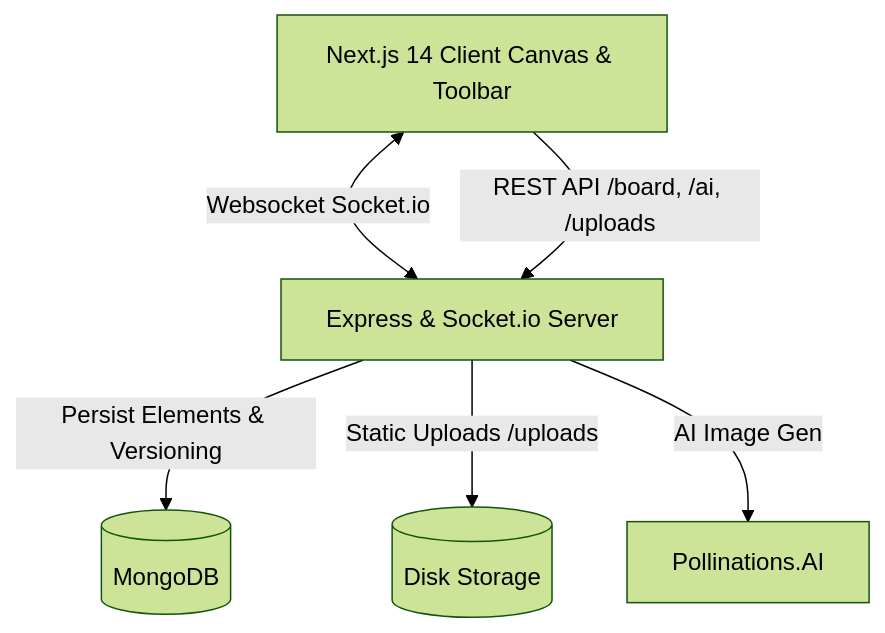
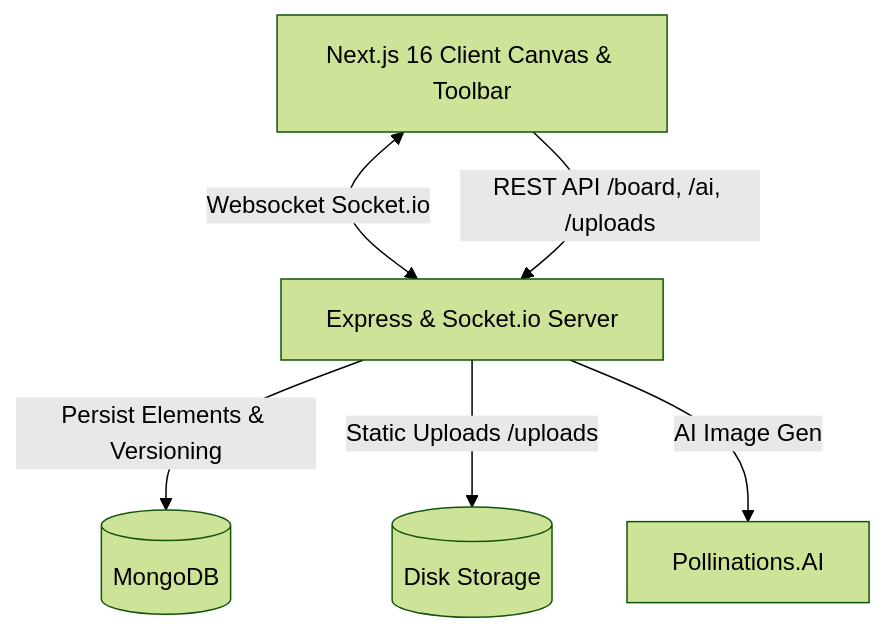
One commit to ABHIGYA0205/whiteboard changed the diagram in README.md. Above: the diagram before and after it, drawn with Mermaid (forest theme). The commit also changed other lines of this file and 38 other files, not shown here.

````diff
--- a/README.md
+++ b/README.md
@@ -9,8 +9,8 @@
 ```mermaid
 graph TD
-    Client[Next.js 14 Client Canvas & Toolbar] <-->|Websocket Socket.io| Server[Express & Socket.io Server]
+    Client[Next.js 16 Client Canvas & Toolbar] <-->|Websocket Socket.io| Server[Express & Socket.io Server]
     Client -->|REST API /board, /ai, /uploads| Server
     Server -->|Persist Elements & Versioning| Mongo[(MongoDB)]
     Server -->|Static Uploads /uploads| FS[(Disk Storage)]
     Server -->|AI Image Gen| AI[Pollinations.AI]
 ```
````
